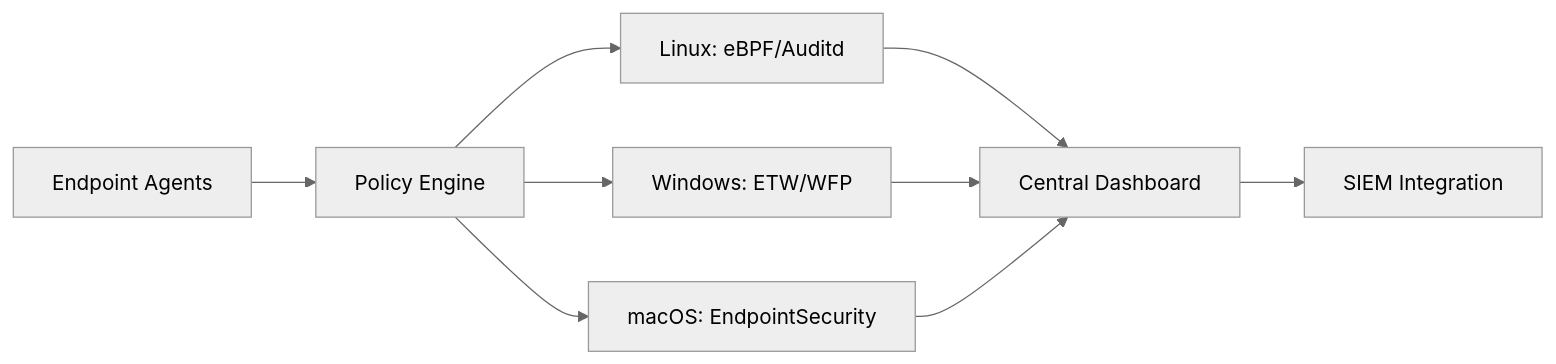
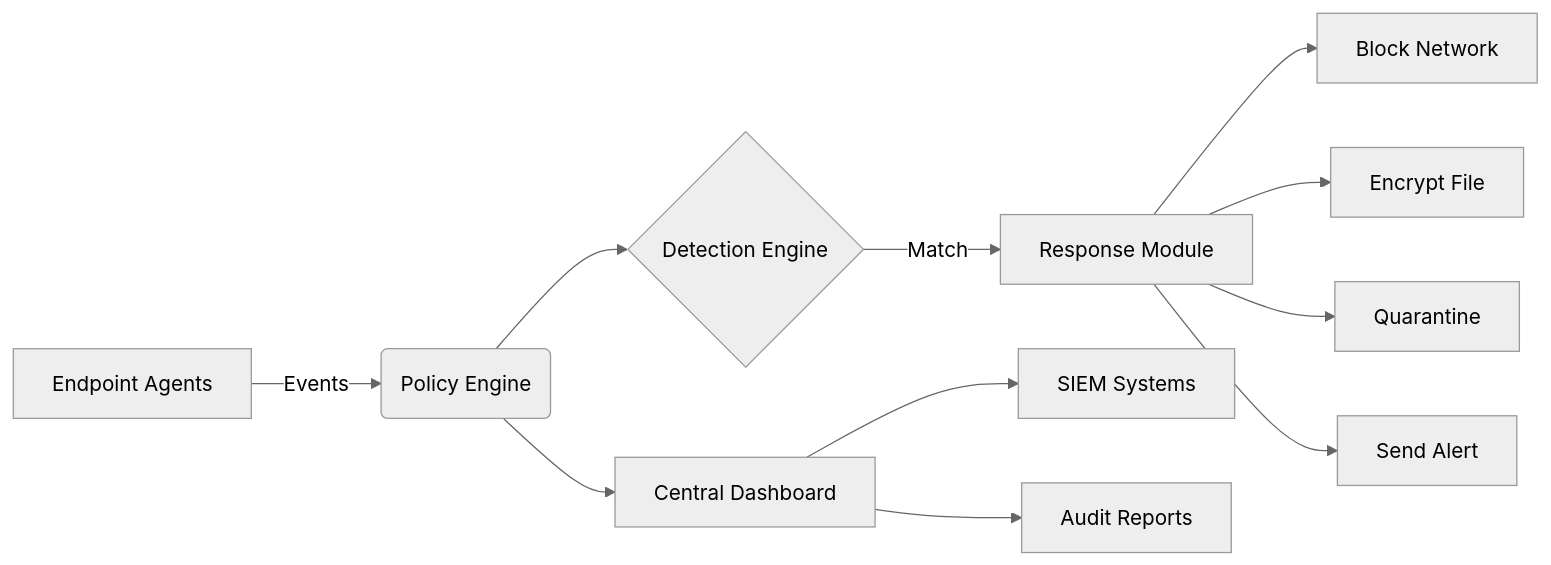
Before and after one commit to sarat1kyan/fentinel: the first of 3 diagrams in README.md, drawn with Mermaid (neutral theme). The commit also changed other lines of this file, not shown here.

````diff
--- a/README.md
+++ b/README.md
@@ -32,9 +51,13 @@
 ```mermaid
 graph LR
-A[Endpoint Agents] --> B[Policy Engine]
-B --> C[Linux: eBPF/Auditd]
-B --> D[Windows: ETW/WFP]
-B --> E[macOS: EndpointSecurity]
-C & D & E --> F[Central Dashboard]
-F --> G[SIEM Integration]
+A[Endpoint Agents] -->|Events| B(Policy Engine)
+B --> C{Detection Engine}
+C -->|Match| D[Response Module]
+D --> E[Block Network]
+D --> F[Encrypt File]
+D --> G[Quarantine]
+D --> H[Send Alert]
+B --> I[Central Dashboard]
+I --> J[SIEM Systems]
+I --> K[Audit Reports]
 ```
````
